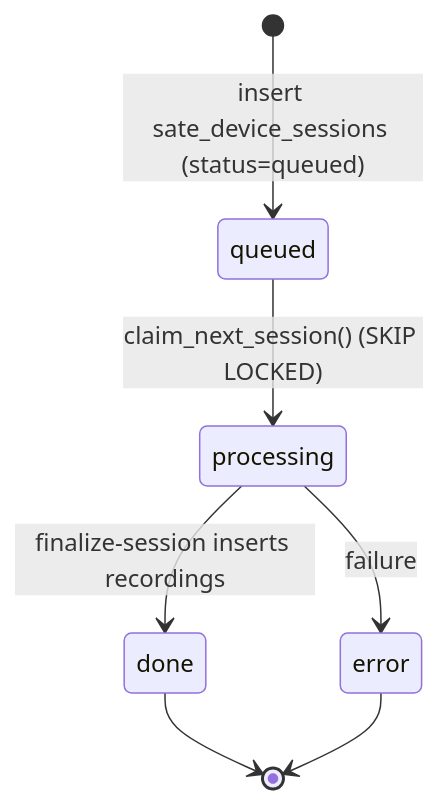
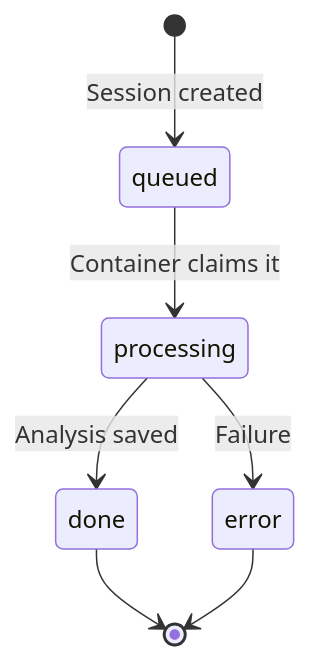
The second of 3 diagrams in docs-site/docs/architecture.md (Longcao24/sate-companion), drawn with Mermaid before and after one commit. The commit also changed other lines of this file and 17 other files, not shown here.

First line of the commit message:
docs-site: generalize published docs + add system-overview diagram

````diff
--- a/docs-site/docs/architecture.md
+++ b/docs-site/docs/architecture.md
@@ -77,9 +80,9 @@
 ```mermaid
 stateDiagram-v2
-    [*] --> queued: insert sate_device_sessions (status=queued)
-    queued --> processing: claim_next_session() (SKIP LOCKED)
-    processing --> done: finalize-session inserts recordings
-    processing --> error: failure
+    [*] --> queued: Session created
+    queued --> processing: Container claims it
+    processing --> done: Analysis saved
+    processing --> error: Failure
     done --> [*]
     error --> [*]
 ```
````
